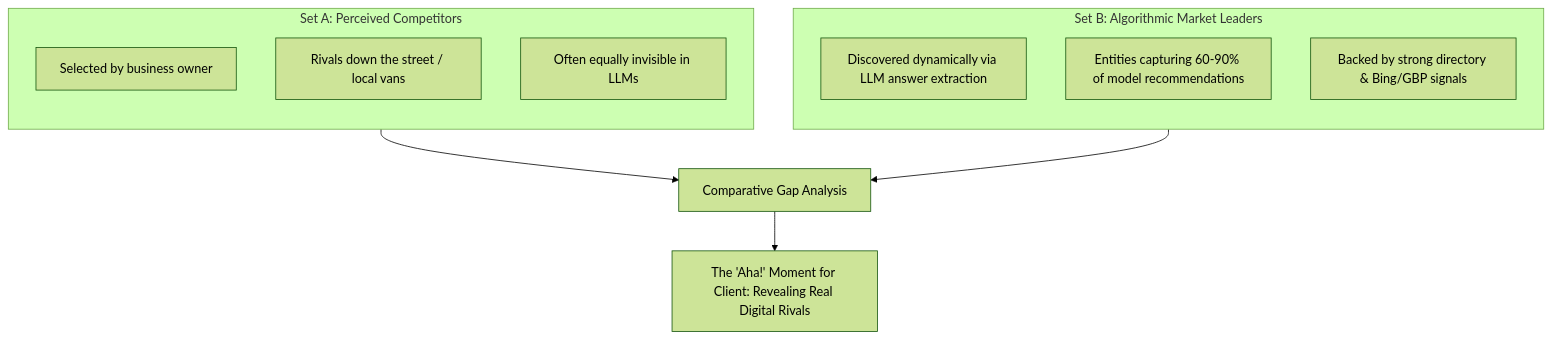
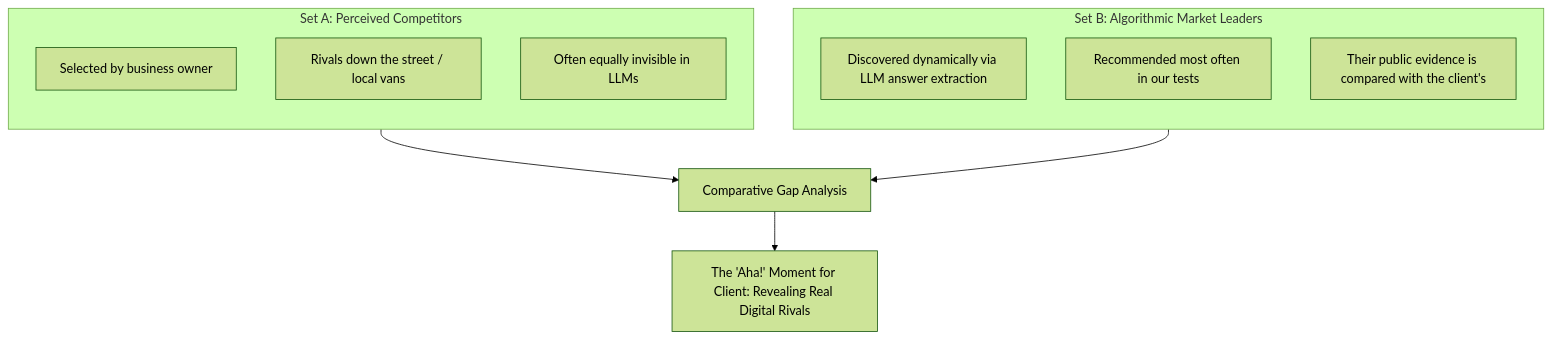
Before and after one commit to rpowell8519-cpu/local-ai-discoverability: the second of 4 diagrams in reports/1. Comprehensive_Local_AI_Visibility_Operating_Model.md, drawn with Mermaid (forest theme). The commit also changed other lines of this file and 3 other files, not shown here.

````diff
--- a/reports/1. Comprehensive_Local_AI_Visibility_Operating_Model.md
+++ b/reports/1. Comprehensive_Local_AI_Visibility_Operating_Model.md
@@ -82,20 +84,20 @@
 ```mermaid
 flowchart TD
     subgraph ClientNominated["Set A: Perceived Competitors"]
         direction TB
         A1["Selected by business owner"]
         A2["Rivals down the street / local vans"]
         A3["Often equally invisible in LLMs"]
     end
 
     subgraph AlgorithmicLeaders["Set B: Algorithmic Market Leaders"]
         direction TB
         B1["Discovered dynamically via LLM answer extraction"]
-        B2["Entities capturing 60-90% of model recommendations"]
-        B3["Backed by strong directory & Bing/GBP signals"]
+        B2["Recommended most often in our tests"]
+        B3["Their public evidence is compared with the client's"]
     end
 
     ClientNominated --> C["Comparative Gap Analysis"]
     AlgorithmicLeaders --> C
     C --> D["The 'Aha!' Moment for Client: Revealing Real Digital Rivals"]
 ```
````
